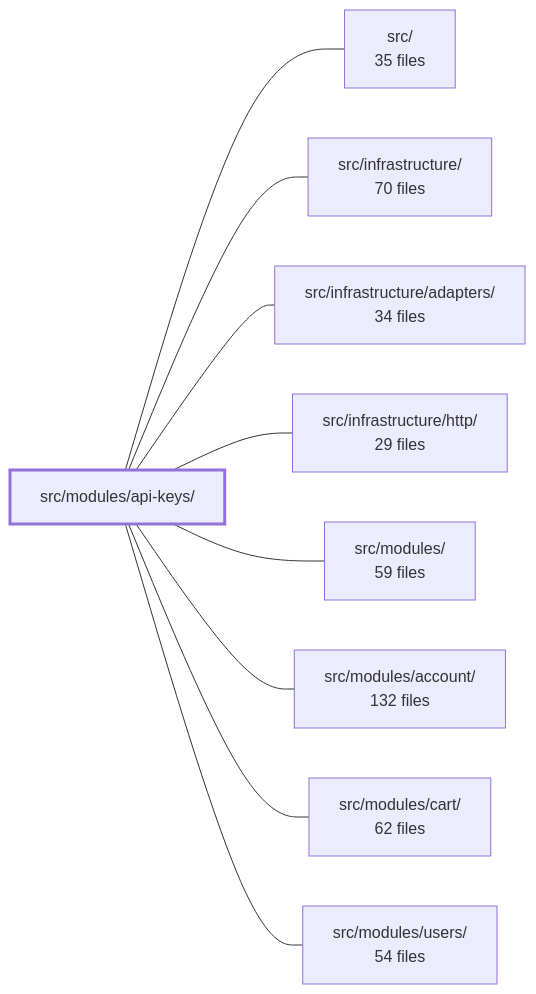
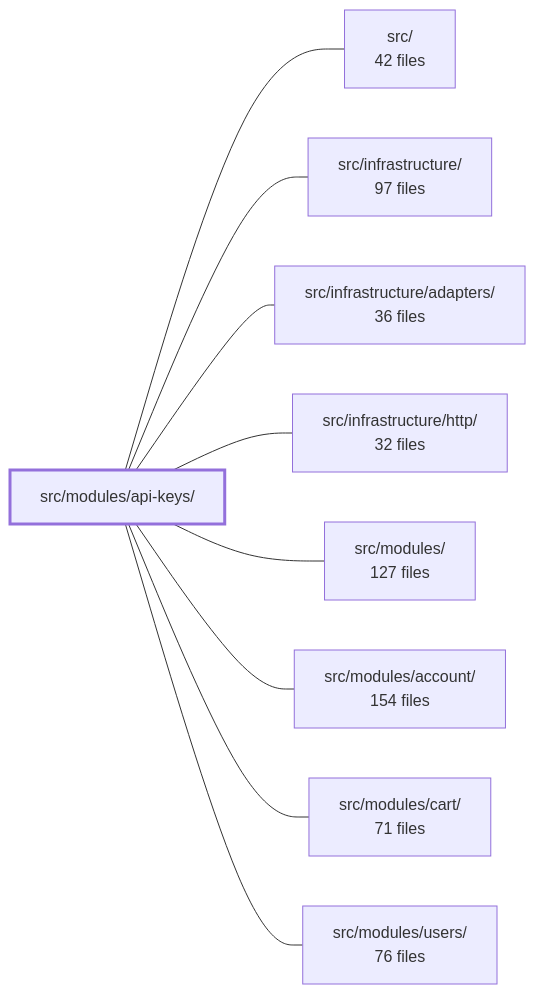
One commit to Guebbit/boilerplate-node-backend changed the diagram in .2brain/modules/boilerplate-node-backend_src_modules_api-keys.md. Above: the diagram before and after it, drawn with Mermaid. The commit also changed other lines of this file and 1775 other files, not shown here.

````diff
--- a/.2brain/modules/boilerplate-node-backend_src_modules_api-keys.md
+++ b/.2brain/modules/boilerplate-node-backend_src_modules_api-keys.md
@@ -37,21 +41,21 @@
 ```mermaid
 flowchart LR
     m_src_modules_api_keys["src/modules/api-keys/"]
-    m_src["src/<br/>35 files"]
-    m_src_infrastructure["src/infrastructure/<br/>70 files"]
-    m_src_infrastructure_adapters["src/infrastructure/adapters/<br/>34 files"]
-    m_src_infrastructure_http["src/infrastructure/http/<br/>29 files"]
-    m_src_modules["src/modules/<br/>59 files"]
-    m_src_modules_account["src/modules/account/<br/>132 files"]
-    m_src_modules_cart["src/modules/cart/<br/>62 files"]
-    m_src_modules_users["src/modules/users/<br/>54 files"]
+    m_src["src/<br/>42 files"]
+    m_src_infrastructure["src/infrastructure/<br/>97 files"]
+    m_src_infrastructure_adapters["src/infrastructure/adapters/<br/>36 files"]
+    m_src_infrastructure_http["src/infrastructure/http/<br/>32 files"]
+    m_src_modules["src/modules/<br/>127 files"]
+    m_src_modules_account["src/modules/account/<br/>154 files"]
+    m_src_modules_cart["src/modules/cart/<br/>71 files"]
+    m_src_modules_users["src/modules/users/<br/>76 files"]
     m_src_modules_api_keys --- m_src
     m_src_modules_api_keys --- m_src_infrastructure
     m_src_modules_api_keys --- m_src_infrastructure_adapters
     m_src_modules_api_keys --- m_src_infrastructure_http
     m_src_modules_api_keys --- m_src_modules
     m_src_modules_api_keys --- m_src_modules_account
     m_src_modules_api_keys --- m_src_modules_cart
     m_src_modules_api_keys --- m_src_modules_users
     style m_src_modules_api_keys stroke-width:3px
 ```
````
